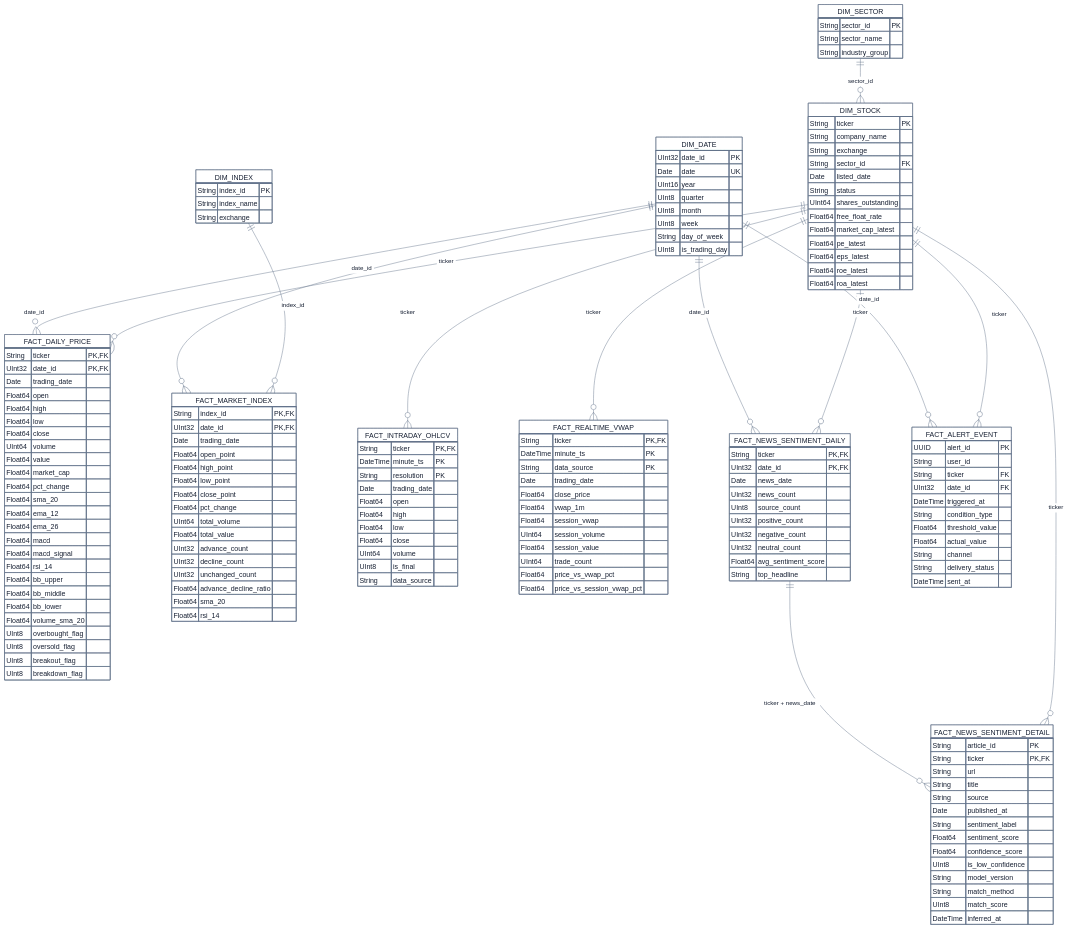
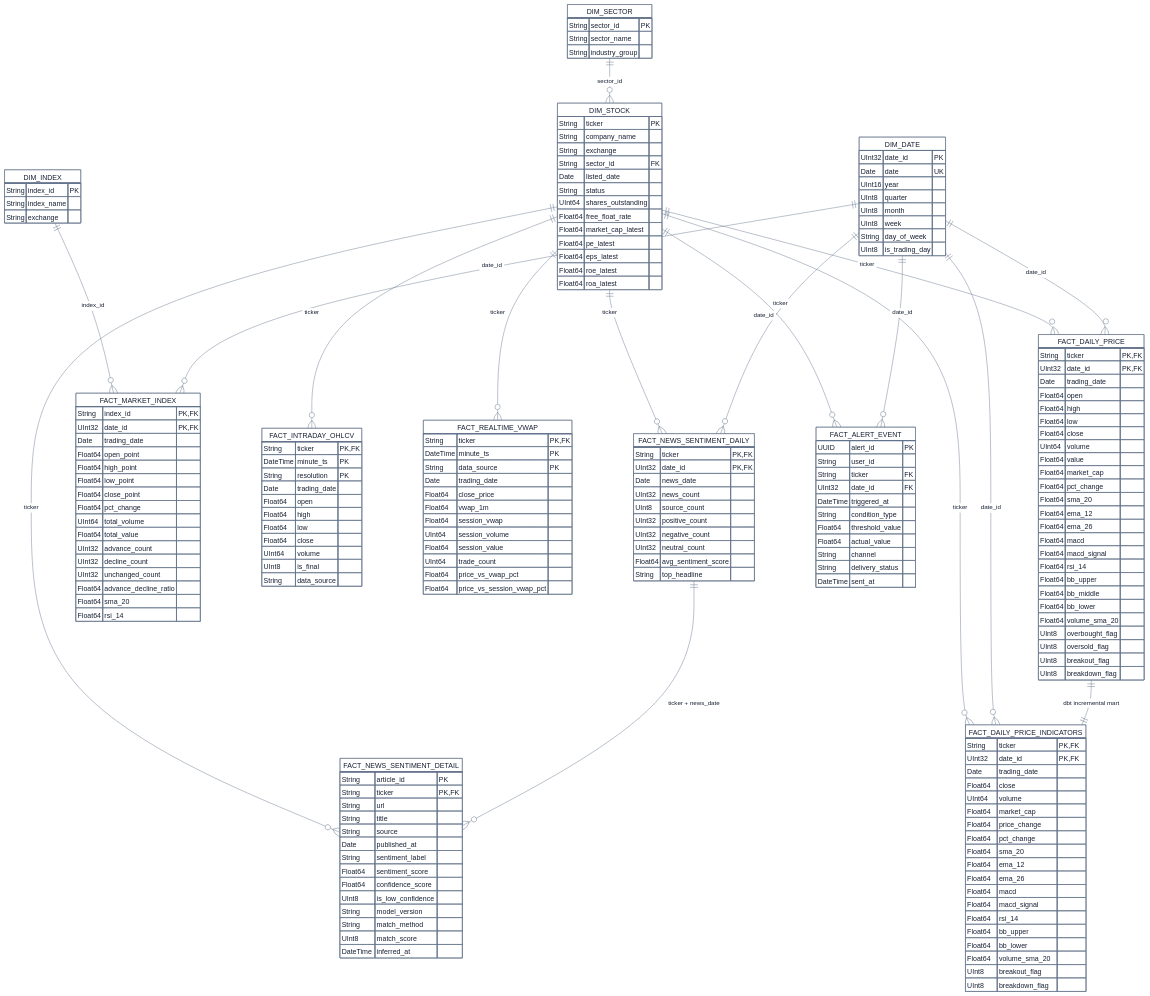
Before and after one commit to mihuyen/DataEngineerVDT: the diagram in docs/architecture/gold_star_schema.mmd, drawn with Mermaid. The commit also changed 5 other files, not shown here.

```diff
--- a/docs/architecture/gold_star_schema.mmd
+++ b/docs/architecture/gold_star_schema.mmd
@@ -1,175 +1,200 @@
 %%{init: {"theme":"base","htmlLabels":false,"er":{"layoutDirection":"TB","minEntityWidth":110,"minEntityHeight":70,"entityPadding":10,"diagramPadding":6},"themeVariables":{"background":"#ffffff","primaryColor":"#ffffff","primaryTextColor":"#172033","primaryBorderColor":"#64748b","lineColor":"#64748b","tertiaryColor":"#ffffff","edgeLabelBackground":"#ffffff","titleColor":"#172033","fontFamily":"Arial"}}}%%
 erDiagram
   direction TB
   DIM_DATE {
     UInt32 date_id PK
     Date date UK
     UInt16 year
     UInt8 quarter
     UInt8 month
     UInt8 week
     String day_of_week
     UInt8 is_trading_day
   }
 
   DIM_SECTOR {
     String sector_id PK
     String sector_name
     String industry_group
   }
 
   DIM_STOCK {
     String ticker PK
     String company_name
     String exchange
     String sector_id FK
     Date listed_date
     String status
     UInt64 shares_outstanding
     Float64 free_float_rate
     Float64 market_cap_latest
     Float64 pe_latest
     Float64 eps_latest
     Float64 roe_latest
     Float64 roa_latest
   }
 
   DIM_INDEX {
     String index_id PK
     String index_name
     String exchange
   }
 
   FACT_DAILY_PRICE {
     String ticker PK,FK
     UInt32 date_id PK,FK
     Date trading_date
     Float64 open
     Float64 high
     Float64 low
     Float64 close
     UInt64 volume
     Float64 value
     Float64 market_cap
     Float64 pct_change
     Float64 sma_20
     Float64 ema_12
     Float64 ema_26
     Float64 macd
     Float64 macd_signal
     Float64 rsi_14
     Float64 bb_upper
     Float64 bb_middle
     Float64 bb_lower
     Float64 volume_sma_20
     UInt8 overbought_flag
     UInt8 oversold_flag
+    UInt8 breakout_flag
+    UInt8 breakdown_flag
+  }
+
+  FACT_DAILY_PRICE_INDICATORS {
+    String ticker PK,FK
+    UInt32 date_id PK,FK
+    Date trading_date
+    Float64 close
+    UInt64 volume
+    Float64 market_cap
+    Float64 price_change
+    Float64 pct_change
+    Float64 sma_20
+    Float64 ema_12
+    Float64 ema_26
+    Float64 macd
+    Float64 macd_signal
+    Float64 rsi_14
+    Float64 bb_upper
+    Float64 bb_lower
+    Float64 volume_sma_20
     UInt8 breakout_flag
     UInt8 breakdown_flag
   }
 
   FACT_MARKET_INDEX {
     String index_id PK,FK
     UInt32 date_id PK,FK
     Date trading_date
     Float64 open_point
     Float64 high_point
     Float64 low_point
     Float64 close_point
     Float64 pct_change
     UInt64 total_volume
     Float64 total_value
     UInt32 advance_count
     UInt32 decline_count
     UInt32 unchanged_count
     Float64 advance_decline_ratio
     Float64 sma_20
     Float64 rsi_14
   }
 
   FACT_INTRADAY_OHLCV {
     String ticker PK,FK
     DateTime minute_ts PK
     String resolution PK
     Date trading_date
     Float64 open
     Float64 high
     Float64 low
     Float64 close
     UInt64 volume
     UInt8 is_final
     String data_source
   }
 
   FACT_REALTIME_VWAP {
     String ticker PK,FK
     DateTime minute_ts PK
     String data_source PK
     Date trading_date
     Float64 close_price
     Float64 vwap_1m
     Float64 session_vwap
     UInt64 session_volume
     Float64 session_value
     UInt64 trade_count
     Float64 price_vs_vwap_pct
     Float64 price_vs_session_vwap_pct
   }
 
   FACT_NEWS_SENTIMENT_DETAIL {
     String article_id PK
     String ticker PK,FK
     String url
     String title
     String source
     Date published_at
     String sentiment_label
     Float64 sentiment_score
     Float64 confidence_score
     UInt8 is_low_confidence
     String model_version
     String match_method
     UInt8 match_score
     DateTime inferred_at
   }
 
   FACT_NEWS_SENTIMENT_DAILY {
     String ticker PK,FK
     UInt32 date_id PK,FK
     Date news_date
     UInt32 news_count
     UInt8 source_count
     UInt32 positive_count
     UInt32 negative_count
     UInt32 neutral_count
     Float64 avg_sentiment_score
     String top_headline
   }
 
   FACT_ALERT_EVENT {
     UUID alert_id PK
     String user_id
     String ticker FK
     UInt32 date_id FK
     DateTime triggered_at
     String condition_type
     Float64 threshold_value
     Float64 actual_value
     String channel
     String delivery_status
     DateTime sent_at
   }
 
   DIM_SECTOR ||--o{ DIM_STOCK : "sector_id"
   DIM_STOCK ||--o{ FACT_DAILY_PRICE : "ticker"
   DIM_DATE ||--o{ FACT_DAILY_PRICE : "date_id"
+  DIM_STOCK ||--o{ FACT_DAILY_PRICE_INDICATORS : "ticker"
+  DIM_DATE ||--o{ FACT_DAILY_PRICE_INDICATORS : "date_id"
+  FACT_DAILY_PRICE ||--|| FACT_DAILY_PRICE_INDICATORS : "dbt incremental mart"
   DIM_INDEX ||--o{ FACT_MARKET_INDEX : "index_id"
   DIM_DATE ||--o{ FACT_MARKET_INDEX : "date_id"
   DIM_STOCK ||--o{ FACT_INTRADAY_OHLCV : "ticker"
   DIM_STOCK ||--o{ FACT_REALTIME_VWAP : "ticker"
   DIM_STOCK ||--o{ FACT_NEWS_SENTIMENT_DETAIL : "ticker"
   DIM_STOCK ||--o{ FACT_NEWS_SENTIMENT_DAILY : "ticker"
   DIM_DATE ||--o{ FACT_NEWS_SENTIMENT_DAILY : "date_id"
   FACT_NEWS_SENTIMENT_DAILY ||--o{ FACT_NEWS_SENTIMENT_DETAIL : "ticker + news_date"
   DIM_STOCK ||--o{ FACT_ALERT_EVENT : "ticker"
   DIM_DATE ||--o{ FACT_ALERT_EVENT : "date_id"
```
